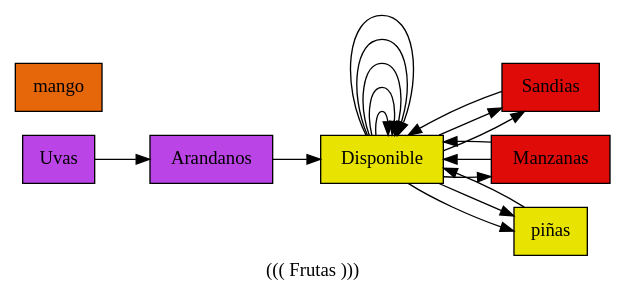
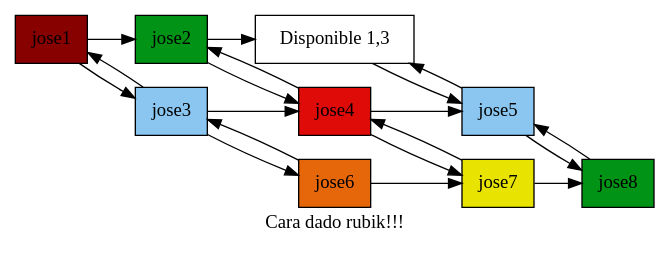
Before and after one commit to bram814/-LFP-Proyecto2_201800937: the diagram in Imagen_Reporte.gv, drawn with Graphviz. The commit also changed 7 other files, not shown here.

```diff
--- a/Imagen_Reporte.gv
+++ b/Imagen_Reporte.gv
@@ -1,37 +1,32 @@
 digraph Imagen_Reporte {
 	rankdir=LR size="8,5"
 	node [shape=rectangle]
-	Uvas [fillcolor="#ba44e6" style=filled]
-	Arandanos [fillcolor="#ba44e6" style=filled]
-	Disponible [fillcolor="#e8e300" style=filled]
-	Disponible [fillcolor="#e8e300" style=filled]
-	Sandias [fillcolor="#df0b09" style=filled]
-	Disponible [fillcolor="#df0b09" style=filled]
-	Manzanas [fillcolor="#df0b09" style=filled]
-	Disponible [fillcolor="#e8e300" style=filled]
-	Disponible [fillcolor="#e8e300" style=filled]
-	Disponible [fillcolor="#e8e300" style=filled]
-	"piñas" [fillcolor="#e8e300" style=filled]
-	Disponible [fillcolor="#e8e300" style=filled]
-	Disponible [fillcolor="#e8e300" style=filled]
-	Disponible [fillcolor="#e8e300" style=filled]
-	Disponible [fillcolor="#e8e300" style=filled]
-	mango [fillcolor="#e6660a" style=filled]
-	Uvas -> Arandanos [label=""]
-	Arandanos -> Disponible [label=""]
-	Disponible -> Disponible [label=""]
-	Disponible -> Sandias [label=""]
-	Disponible -> Sandias [label=""]
-	Sandias -> Disponible [label=""]
-	Disponible -> Manzanas [label=""]
-	Manzanas -> Disponible [label=""]
-	Manzanas -> Disponible [label=""]
-	Disponible -> Disponible [label=""]
-	Disponible -> Disponible [label=""]
-	Disponible -> "piñas" [label=""]
-	Disponible -> "piñas" [label=""]
-	"piñas" -> Disponible [label=""]
-	Disponible -> Disponible [label=""]
-	Disponible -> Disponible [label=""]
-	label="((( Frutas )))"
+	jose1 [fillcolor="#860100" group=1 style=filled]
+	jose2 [fillcolor="#009315" group=1 style=filled]
+	"Disponible 1,3" [fillcolor="#ffffff" group=1 style=filled]
+	jose3 [fillcolor="#8bc6f1" group=2 style=filled]
+	jose4 [fillcolor="#df0b09" group=2 style=filled]
+	jose5 [fillcolor="#8bc6f1" group=2 style=filled]
+	jose6 [fillcolor="#e6660a" group=3 style=filled]
+	jose7 [fillcolor="#e8e300" group=3 style=filled]
+	jose8 [fillcolor="#009315" group=3 style=filled]
+	jose1 -> jose2 [label=""]
+	jose1 -> jose3 [label=""]
+	jose3 -> jose1 [label=""]
+	jose2 -> "Disponible 1,3" [label=""]
+	jose2 -> jose4 [label=""]
+	jose4 -> jose2 [label=""]
+	"Disponible 1,3" -> jose5 [label=""]
+	jose5 -> "Disponible 1,3" [label=""]
+	jose3 -> jose4 [label=""]
+	jose3 -> jose6 [label=""]
+	jose6 -> jose3 [label=""]
+	jose4 -> jose5 [label=""]
+	jose4 -> jose7 [label=""]
+	jose7 -> jose4 [label=""]
+	jose5 -> jose8 [label=""]
+	jose8 -> jose5 [label=""]
+	jose6 -> jose7 [label=""]
+	jose7 -> jose8 [label=""]
+	label="Cara dado rubik!!!"
 }
```
